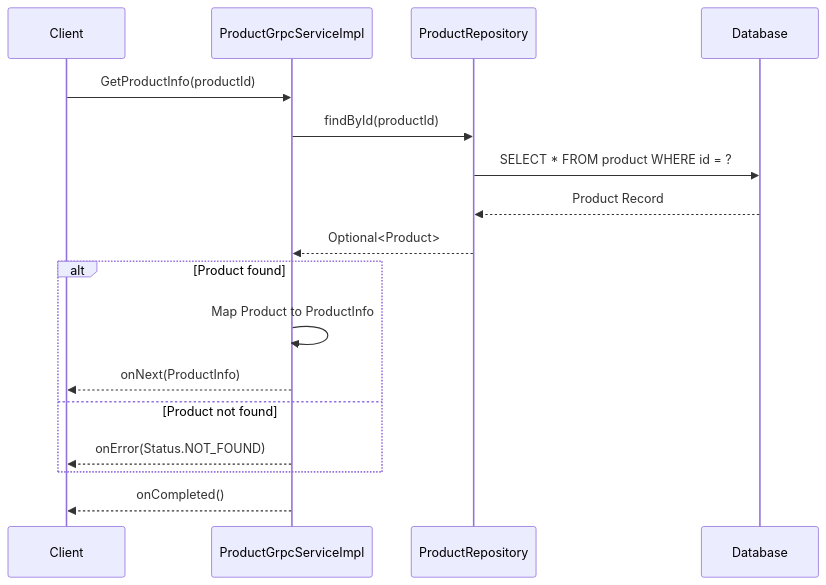
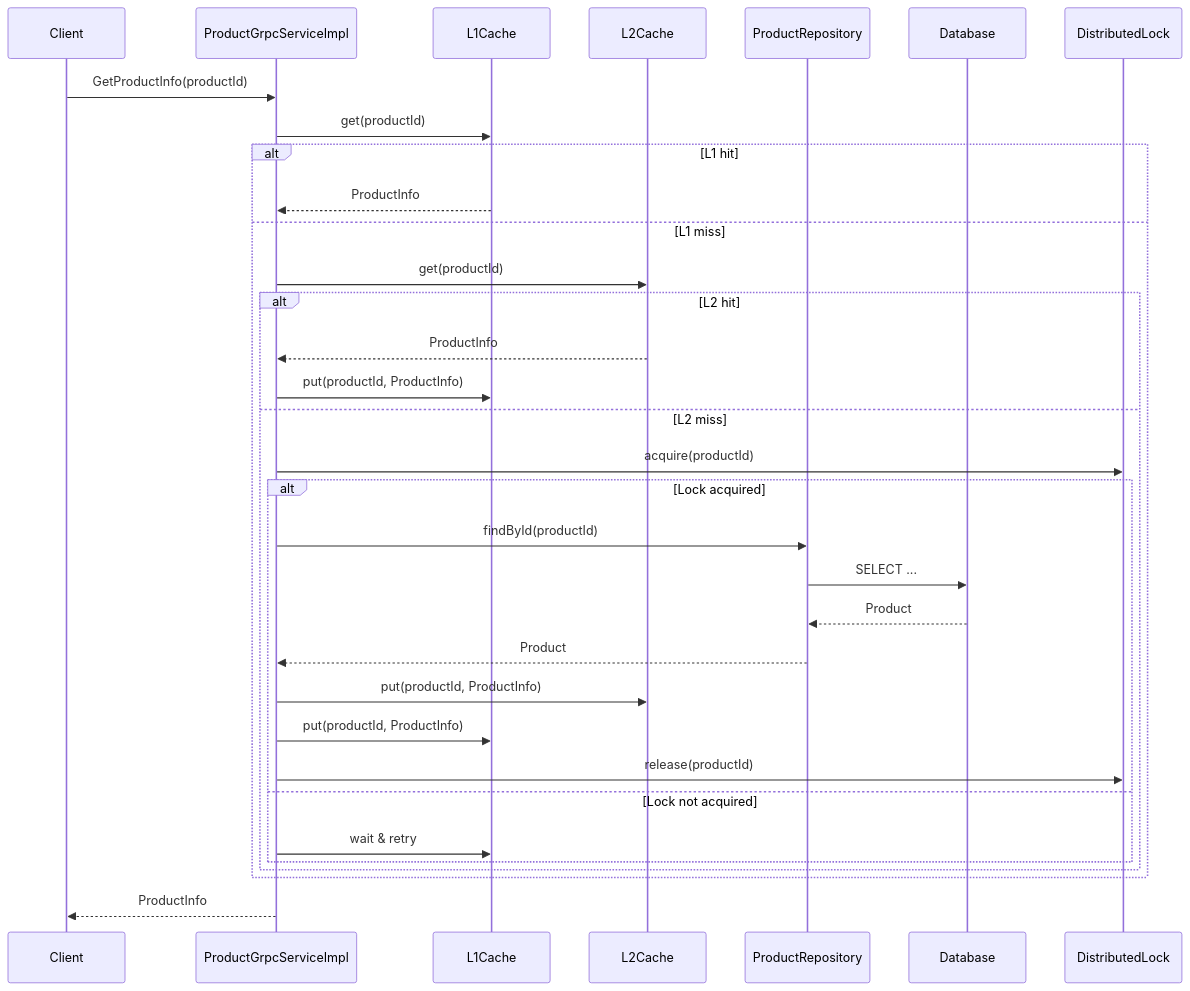
The second of 2 diagrams in documentation/product/TECHNICAL_DESIGN_DOCUMENT.md (nhh57/grpc_kafka), drawn with Mermaid before and after one commit. The commit also changed other lines of this file and 13 other files, not shown here.

Commit message:
Remove planned task documentation for TASK-103 and TASK-105, and update PLAN_PRODUCT.md and TECHNICAL_DESIGN_DOCUMENT.md to reflect changes in Product Service architecture, including multi-layer caching and gRPC integration.

````diff
--- a/documentation/product/TECHNICAL_DESIGN_DOCUMENT.md
+++ b/documentation/product/TECHNICAL_DESIGN_DOCUMENT.md
@@ -82,20 +65,34 @@
 ```mermaid
 sequenceDiagram
     participant Client
     participant ProductGrpcServiceImpl
+    participant L1Cache
+    participant L2Cache
     participant ProductRepository
     participant Database
-
     Client->>ProductGrpcServiceImpl: GetProductInfo(productId)
-    ProductGrpcServiceImpl->>ProductRepository: findById(productId)
-    ProductRepository->>Database: SELECT * FROM product WHERE id = ?
-    Database-->>ProductRepository: Product Record
-    ProductRepository-->>ProductGrpcServiceImpl: Optional<Product>
-    alt Product found
-        ProductGrpcServiceImpl->>ProductGrpcServiceImpl: Map Product to ProductInfo
-        ProductGrpcServiceImpl-->>Client: onNext(ProductInfo)
-    else Product not found
-        ProductGrpcServiceImpl-->>Client: onError(Status.NOT_FOUND)
+    ProductGrpcServiceImpl->>L1Cache: get(productId)
+    alt L1 hit
+        L1Cache-->>ProductGrpcServiceImpl: ProductInfo
+    else L1 miss
+        ProductGrpcServiceImpl->>L2Cache: get(productId)
+        alt L2 hit
+            L2Cache-->>ProductGrpcServiceImpl: ProductInfo
+            ProductGrpcServiceImpl->>L1Cache: put(productId, ProductInfo)
+        else L2 miss
+            ProductGrpcServiceImpl->>DistributedLock: acquire(productId)
+            alt Lock acquired
+                ProductGrpcServiceImpl->>ProductRepository: findById(productId)
+                ProductRepository->>Database: SELECT ...
+                Database-->>ProductRepository: Product
+                ProductRepository-->>ProductGrpcServiceImpl: Product
+                ProductGrpcServiceImpl->>L2Cache: put(productId, ProductInfo)
+                ProductGrpcServiceImpl->>L1Cache: put(productId, ProductInfo)
+                ProductGrpcServiceImpl->>DistributedLock: release(productId)
+            else Lock not acquired
+                ProductGrpcServiceImpl->>L1Cache: wait & retry
+            end
+        end
     end
-    ProductGrpcServiceImpl-->>Client: onCompleted()
+    ProductGrpcServiceImpl-->>Client: ProductInfo
 ```
````
